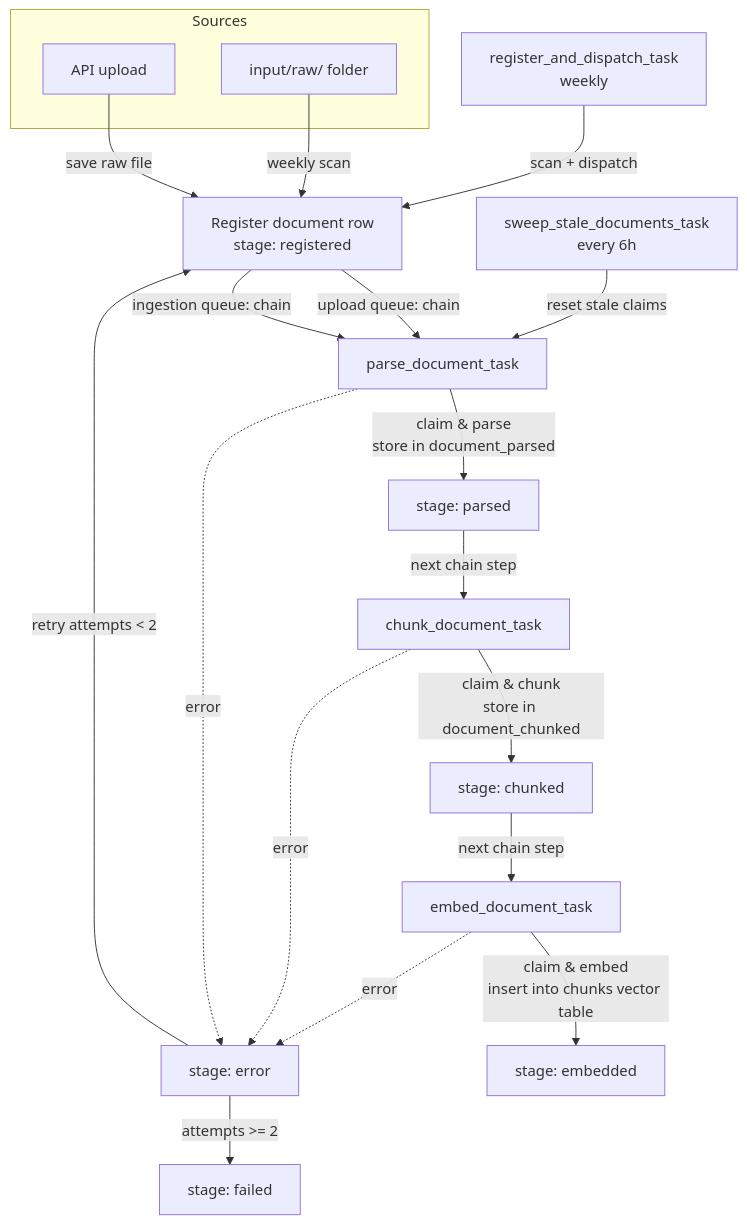
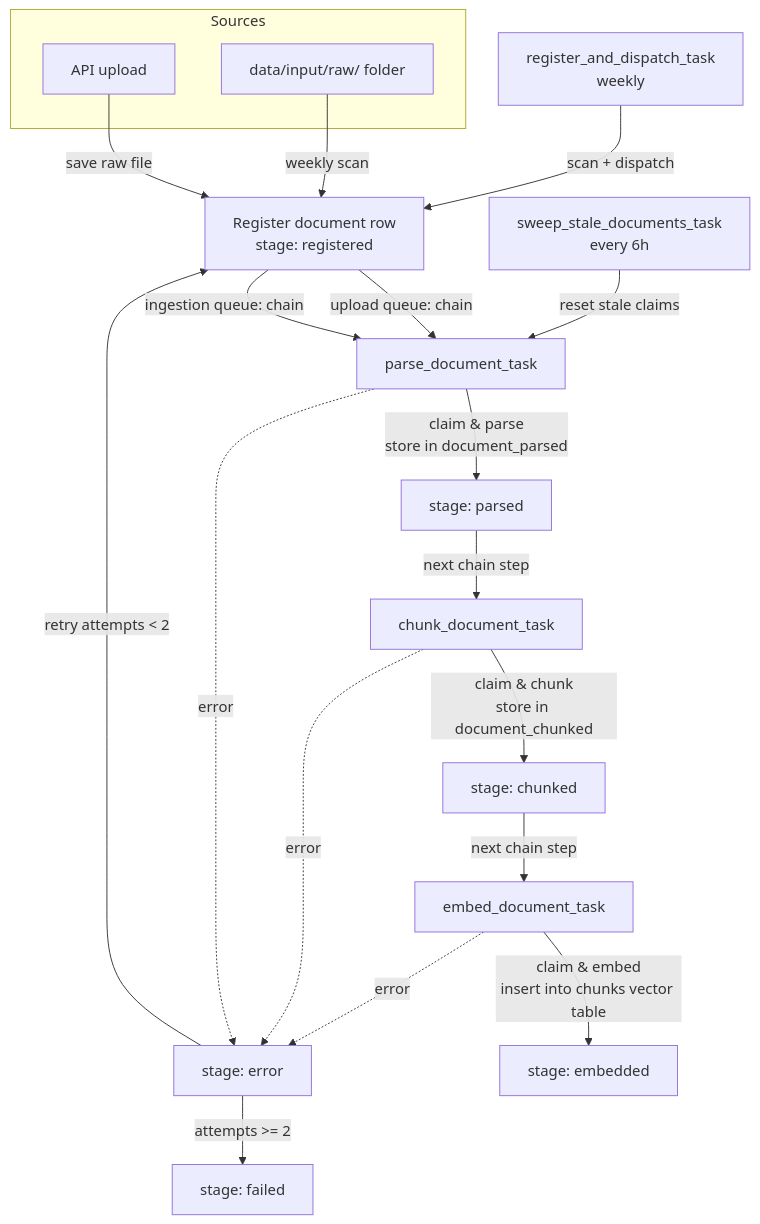
The first of 2 diagrams in docs/20260802_ingestion_workflow.md (LongAiden/rag_with_llama), drawn with Mermaid before and after one commit. The commit also changed other lines of this file and 18 other files, not shown here.

````diff
--- a/docs/20260802_ingestion_workflow.md
+++ b/docs/20260802_ingestion_workflow.md
@@ -55,28 +55,28 @@
 ```mermaid
 flowchart TB
     subgraph Sources
         A[API upload]
-        B[input/raw/ folder]
+        B[data/input/raw/ folder]
     end
 
     A -->|save raw file| C[Register document row<br/>stage: registered]
     B -->|weekly scan| C
 
     C -->|upload queue: chain| D[parse_document_task]
     C -->|ingestion queue: chain| D
 
     D -->|claim & parse<br/>store in document_parsed| E[stage: parsed]
     E -->|next chain step| F[chunk_document_task]
     F -->|claim & chunk<br/>store in document_chunked| G[stage: chunked]
     G -->|next chain step| H[embed_document_task]
     H -->|claim & embed<br/>insert into chunks vector table| I[stage: embedded]
 
     D -.->|error| J[stage: error]
     F -.->|error| J
     H -.->|error| J
     J -->|retry attempts < 2| C
     J -->|attempts >= 2| K[stage: failed]
 
     L["sweep_stale_documents_task<br/>every 6h"] -->|reset stale claims| D
     M["register_and_dispatch_task<br/>weekly"] -->|scan + dispatch| C
 ```
````
